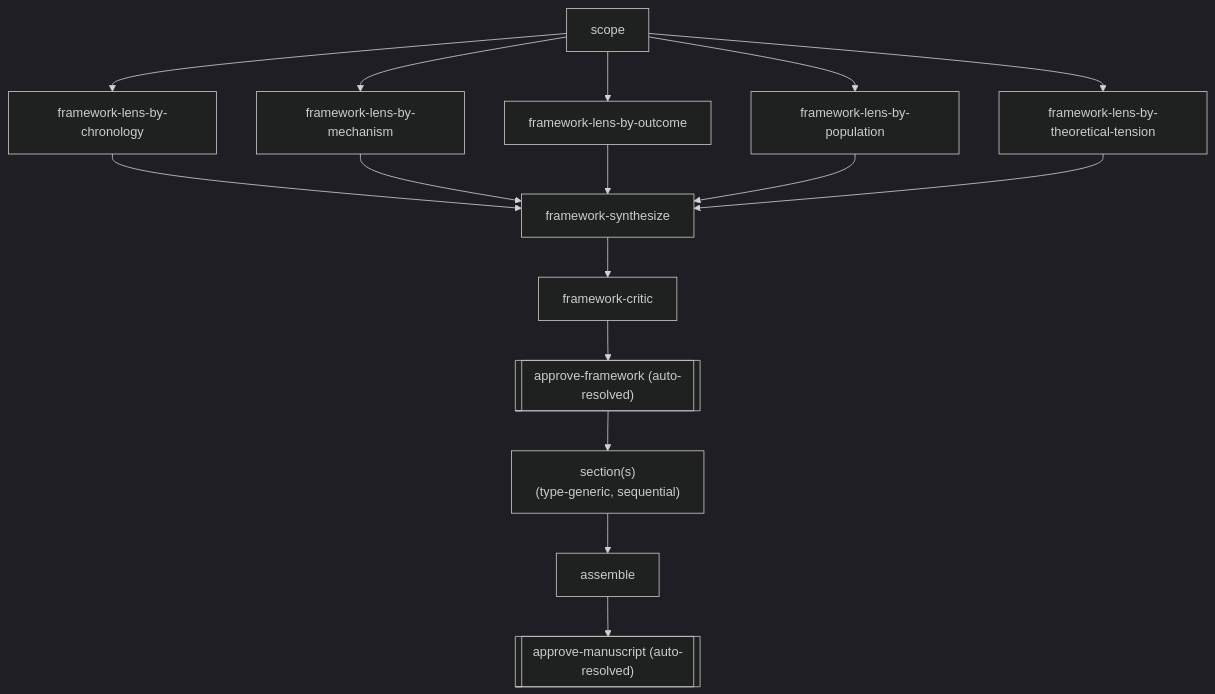
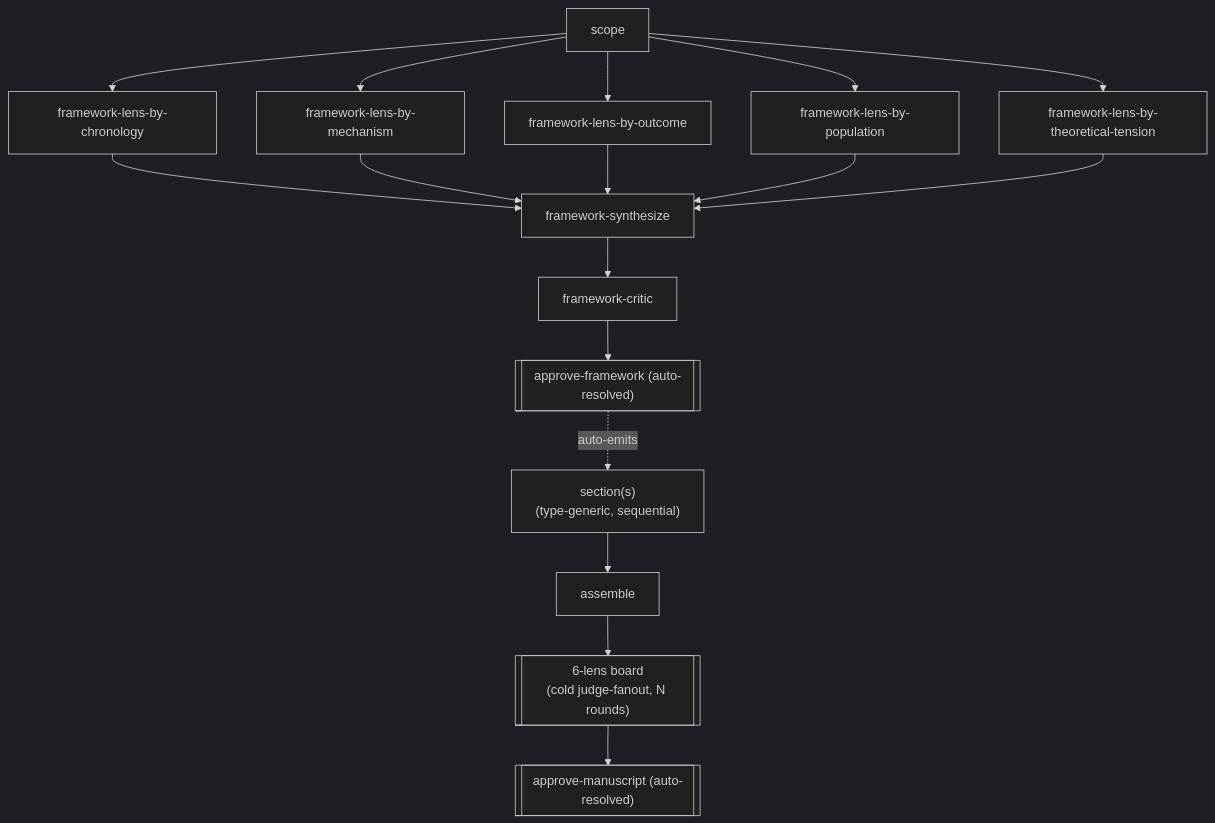
The third of 3 diagrams in README.md (phoongkhangzhie/research-vault), drawn with Mermaid (dark theme) before and after one commit. The commit also changed other lines of this file and 10 other files, not shown here.

````diff
--- a/README.md
+++ b/README.md
@@ -205,17 +215,18 @@
 ```mermaid
 flowchart TD
     scope[scope] --> L1[framework-lens-by-chronology]
     scope --> L2[framework-lens-by-mechanism]
     scope --> L3[framework-lens-by-outcome]
     scope --> L4[framework-lens-by-population]
     scope --> L5[framework-lens-by-theoretical-tension]
     L1 --> syn[framework-synthesize]
     L2 --> syn
     L3 --> syn
     L4 --> syn
     L5 --> syn
     syn --> fcritic[framework-critic]
     fcritic --> GATE1[["approve-framework (auto-resolved)"]]
-    GATE1 --> sec["section(s)\n(type-generic, sequential)"] --> assemble
-    assemble --> GATE2[["approve-manuscript (auto-resolved)"]]
+    GATE1 -. "auto-emits" .-> sec["section(s)\n(type-generic, sequential)"] --> assemble
+    assemble --> board[["6-lens board\n(cold judge-fanout, N rounds)"]]
+    board --> GATE2[["approve-manuscript (auto-resolved)"]]
 ```
````
